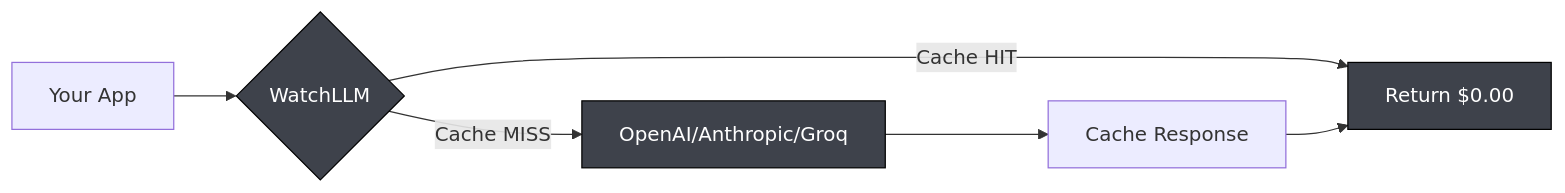
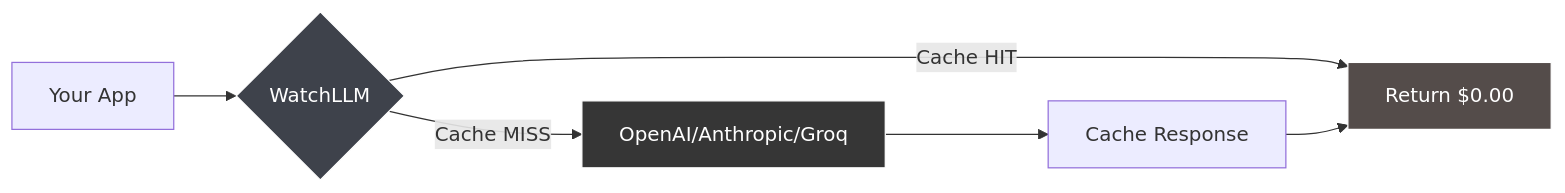
The first of 2 diagrams in README.md (kaadipranav/kaadipranav), drawn with Mermaid before and after one commit.

Commit message:
Update styles for flowchart elements in README

````diff
--- a/README.md
+++ b/README.md
@@ -26,11 +26,11 @@
 ```mermaid
 graph LR
     A[Your App] --> B{WatchLLM}
     B -->|Cache HIT| C[Return $0.00]
     B -->|Cache MISS| D[OpenAI/Anthropic/Groq]
     D --> E[Cache Response]
     E --> C
-    style B fill:#3E424B,stroke:#000,color:#FFF
-    style C fill:#3E424B,stroke:#000,color:#FFF
-    style D fill:#3E424B,stroke:#000,color:#FFF
+    style B fill:#3E424B,stroke:#FFF,color:#FFF
+    style C fill:#544C4A,stroke:#FFF,color:#FFF
+    style D fill:#363636,stroke:#FFF,color:#FFF
 ```
````
